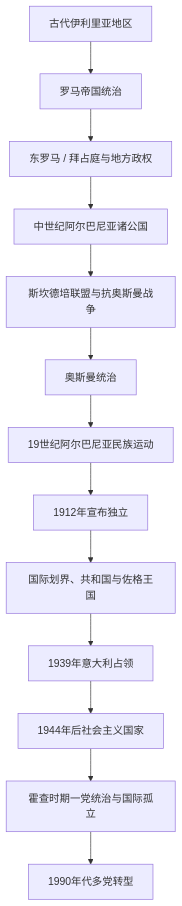
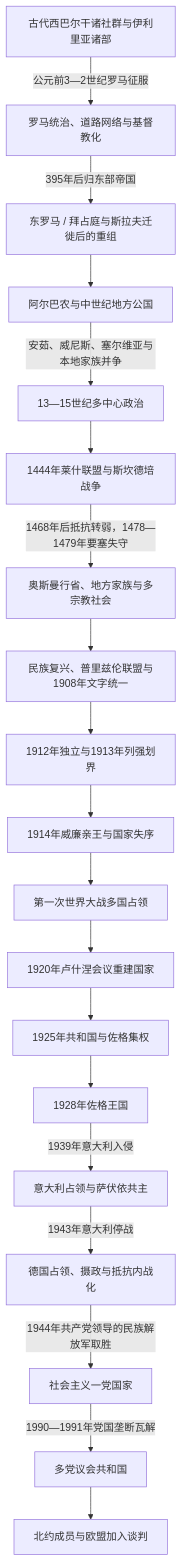
One commit to tianlan-dev/learning-notes changed the diagram in 人文科学/历史/欧洲/东南欧与巴尔干/阿尔巴尼亚.md. Above: the diagram before and after it, drawn with Mermaid. The commit also changed other lines of this file and 1417 other files, not shown here.

````diff
--- a/人文科学/历史/欧洲/东南欧与巴尔干/阿尔巴尼亚.md
+++ b/人文科学/历史/欧洲/东南欧与巴尔干/阿尔巴尼亚.md
@@ -13,15 +15,21 @@
 ```mermaid
 flowchart TD
-    Ancient["古代伊利里亚地区"] --> Roman["罗马帝国统治"]
-    Roman --> Byzantine["东罗马 / 拜占庭与地方政权"]
-    Byzantine --> Principalities["中世纪阿尔巴尼亚诸公国"]
-    Principalities --> Skanderbeg["斯坎德培联盟与抗奥斯曼战争"]
-    Skanderbeg --> Ottoman["奥斯曼统治"]
-    Ottoman --> National["19世纪阿尔巴尼亚民族运动"]
-    National --> Independence["1912年宣布独立"]
-    Independence --> Interwar["国际划界、共和国与佐格王国"]
-    Interwar --> Italian["1939年意大利占领"]
-    Italian --> Communist["1944年后社会主义国家"]
-    Communist --> Isolation["霍查时期一党统治与国际孤立"]
-    Isolation --> Transition["1990年代多党转型"]
+    Ancient["古代西巴尔干诸社群与伊利里亚诸部"] -->|公元前3—2世纪罗马征服| Rome["罗马统治、道路网络与基督教化"]
+    Rome -->|395年后归东部帝国| Byzantium["东罗马 / 拜占庭与斯拉夫迁徙后的重组"]
+    Byzantium --> Arbanon["阿尔巴农与中世纪地方公国"]
+    Arbanon -->|安茹、威尼斯、塞尔维亚与本地家族并争| Principalities["13—15世纪多中心政治"]
+    Principalities --> League["1444年莱什联盟与斯坎德培战争"]
+    League -->|1468年后抵抗转弱，1478—1479年要塞失守| Ottoman["奥斯曼行省、地方家族与多宗教社会"]
+    Ottoman --> Awakening["民族复兴、普里兹伦联盟与1908年文字统一"]
+    Awakening --> Independence["1912年独立与1913年列强划界"]
+    Independence --> Wied["1914年威廉亲王与国家失序"]
+    Wied --> OccupationsWWI["第一次世界大战多国占领"]
+    OccupationsWWI --> Lushnje["1920年卢什涅会议重建国家"]
+    Lushnje --> ZogRepublic["1925年共和国与佐格集权"]
+    ZogRepublic --> ZogKingdom["1928年佐格王国"]
+    ZogKingdom -->|1939年意大利入侵| Italian["意大利占领与萨伏依共主"]
+    Italian -->|1943年意大利停战| German["德国占领、摄政与抵抗内战化"]
+    German -->|1944年共产党领导的民族解放军取胜| Socialist["社会主义一党国家"]
+    Socialist -->|1990—1991年党国垄断瓦解| Republic["多党议会共和国"]
+    Republic --> NATOEU["北约成员与欧盟加入谈判"]
 ```
````
